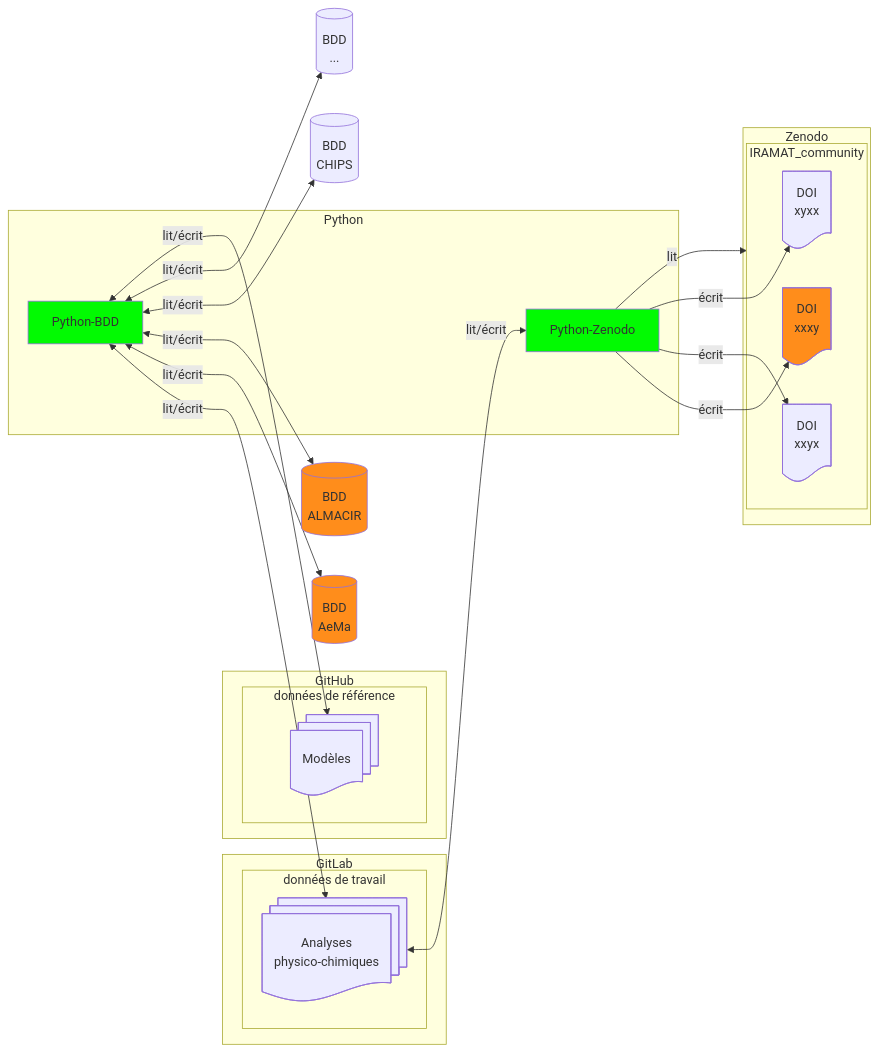
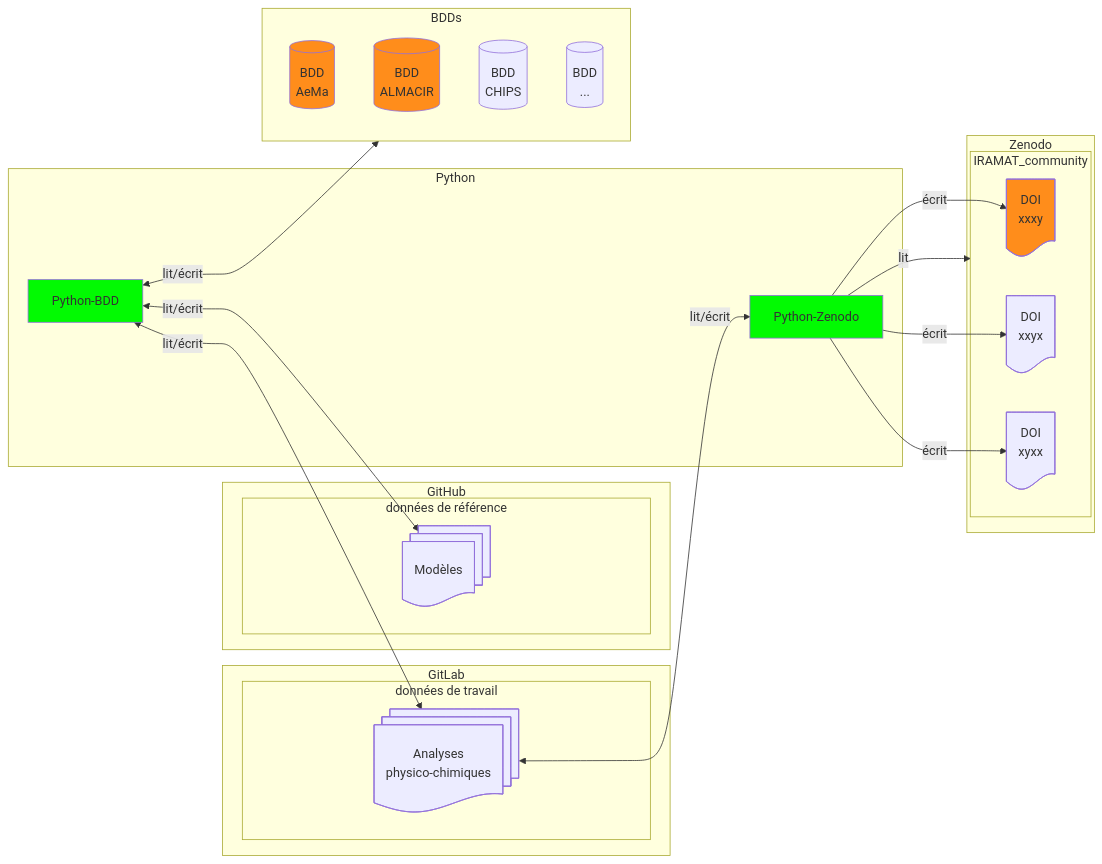
One commit to iramat/iramat-dev changed the diagram in dbs/README.md. Above: the diagram before and after it, drawn with Mermaid.

````diff
--- a/dbs/README.md
+++ b/dbs/README.md
@@ -3,40 +3,43 @@
 ```mermaid
 flowchart LR
     subgraph GitLab
         subgraph données de travail
             A@{ shape: docs, label: "Analyses<br>physico-chimiques" }
         end
     end
     subgraph GitHub
         subgraph données de référence
             W@{ shape: docs, label: "Modèles" }
         end
     end
     subgraph Python
         Z@{ procs: docs, label: "Python-BDD" }
         ZZ@{ procs: docs, label: "Python-Zenodo" }
     end
+    subgraph BDDs
+        B[(BDD<br>AeMa)]
+        H[(BDD<br>ALMACIR)]
+        C[(BDD<br>CHIPS)]
+        D[(BDD<br>...)]
+    end
     Z <-- lit/écrit --> A;
-    Z <-- lit/écrit --> B[(BDD<br>AeMa)];
-    Z <-- lit/écrit --> H[(BDD<br>ALMACIR)];
-    Z <-- lit/écrit --> C[(BDD<br>CHIPS)];
-    Z <-- lit/écrit --> D[(BDD<br>...)];
     Z <-- lit/écrit --> W;
     A <-- lit/écrit --> ZZ;
     subgraph Zenodo
         subgraph IRAMAT_community
             ZZ -- écrit --> E@{ shape: doc, label: "DOI<br>xxxy" }
             ZZ -- écrit --> F@{ shape: doc, label: "DOI<br>xxyx" }
             ZZ -- écrit --> G@{ shape: doc, label: "DOI<br>xyxx" }
         end
     end
+    Z <-- lit/écrit --> BDDs;
     ZZ -- lit --> IRAMAT_community
 
 
 click A "https://github.com/zoometh/iramat-test/blob/main/dbs/analysis_results.tsv" _blank
 style Z fill:#02fa02
 style ZZ fill:#02fa02
 style B fill:#FF8D1B
 style H fill:#FF8D1B
 style E fill:#FF8D1B
 ```
````
